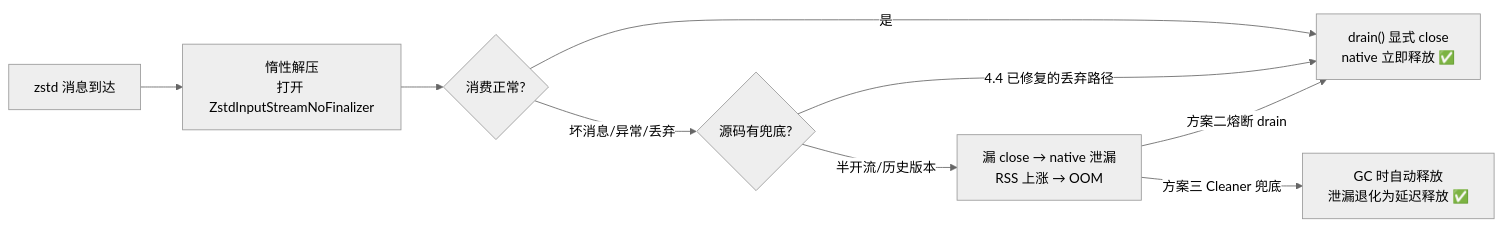
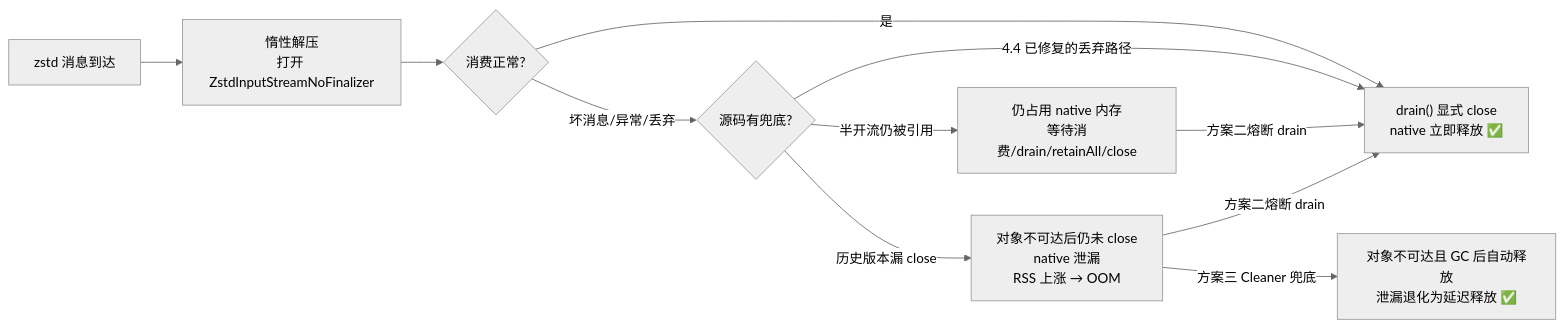
Diagram 13 of 13 in clients/src/main/resources/KafkaConsumer消费链路源码解析.md (asprial-moon/kafka), drawn with Mermaid (neutral theme) before and after one commit. The commit also changed other lines of this file and 1 other file, not shown here.

````diff
--- a/clients/src/main/resources/KafkaConsumer消费链路源码解析.md
+++ b/clients/src/main/resources/KafkaConsumer消费链路源码解析.md
@@ -1897,11 +1920,13 @@
 ```mermaid
 flowchart LR
     A["zstd 消息到达"] --> B["惰性解压<br/>打开 ZstdInputStreamNoFinalizer"]
     B --> C{"消费正常?"}
     C -->|"是"| D["drain() 显式 close<br/>native 立即释放 ✅"]
     C -->|"坏消息/异常/丢弃"| E{"源码有兜底?"}
     E -->|"4.4 已修复的丢弃路径"| D
-    E -->|"半开流/历史版本"| F["漏 close → native 泄漏<br/>RSS 上涨 → OOM"]
+    E -->|"半开流仍被引用"| R["仍占用 native 内存<br/>等待消费/drain/retainAll/close"]
+    E -->|"历史版本漏 close"| F["对象不可达后仍未 close<br/>native 泄漏<br/>RSS 上涨 → OOM"]
+    R -->|"方案二熔断 drain"| D
     F -->|"方案二熔断 drain"| D
-    F -->|"方案三 Cleaner 兜底"| G["GC 时自动释放<br/>泄漏退化为延迟释放 ✅"]
+    F -->|"方案三 Cleaner 兜底"| G["对象不可达且 GC 后自动释放<br/>泄漏退化为延迟释放 ✅"]
 ```
````
